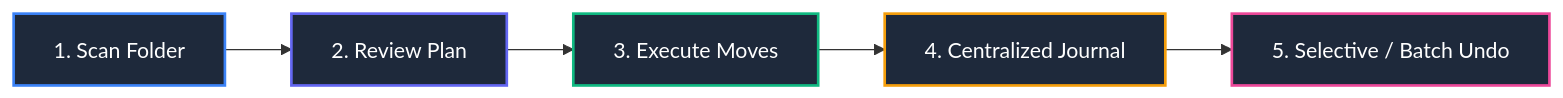
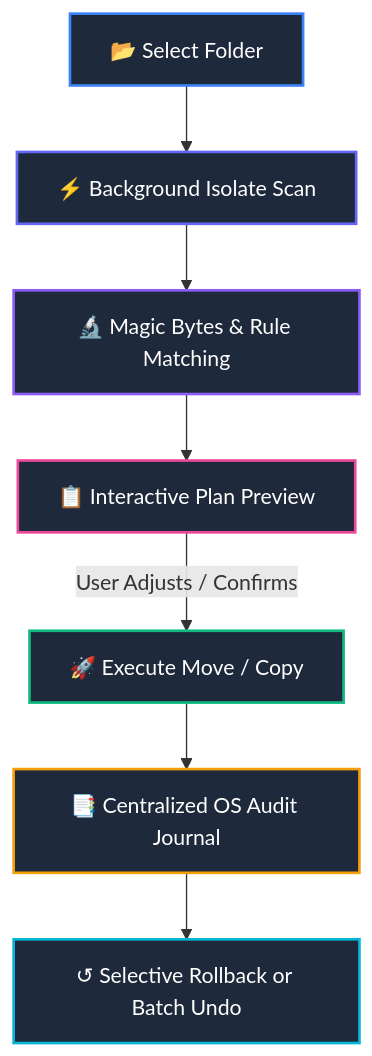
Before and after one commit to BezaleelPaul/file_organizer_flutter: the diagram in README.md, drawn with Mermaid. The commit also changed other lines of this file, not shown here.

Commit message:
docs: modernize and elevate README with direct release downloads, visual architecture, and deep query guide

````diff
--- a/README.md
+++ b/README.md
@@ -91,13 +107,17 @@
 ```mermaid
-flowchart LR
-    A["1. Scan Folder"] --> B["2. Review Plan"]
-    B --> C["3. Execute Moves"]
-    C --> D["4. Centralized Journal"]
-    D --> E["5. Selective / Batch Undo"]
-    
+flowchart TD
+    A["📂 Select Folder"] --> B["⚡ Background Isolate Scan"]
+    B --> C["🔬 Magic Bytes & Rule Matching"]
+    C --> D["📋 Interactive Plan Preview"]
+    D -->|User Adjusts / Confirms| E["🚀 Execute Move / Copy"]
+    E --> F["📑 Centralized OS Audit Journal"]
+    F --> G["↺ Selective Rollback or Batch Undo"]
+
     style A fill:#1e293b,stroke:#3b82f6,stroke-width:2px,color:#fff
     style B fill:#1e293b,stroke:#6366f1,stroke-width:2px,color:#fff
-    style C fill:#1e293b,stroke:#10b981,stroke-width:2px,color:#fff
-    style D fill:#1e293b,stroke:#f59e0b,stroke-width:2px,color:#fff
-    style E fill:#1e293b,stroke:#ec4899,stroke-width:2px,color:#fff
+    style C fill:#1e293b,stroke:#8b5cf6,stroke-width:2px,color:#fff
+    style D fill:#1e293b,stroke:#ec4899,stroke-width:2px,color:#fff
+    style E fill:#1e293b,stroke:#10b981,stroke-width:2px,color:#fff
+    style F fill:#1e293b,stroke:#f59e0b,stroke-width:2px,color:#fff
+    style G fill:#1e293b,stroke:#06b6d4,stroke-width:2px,color:#fff
 ```
````
